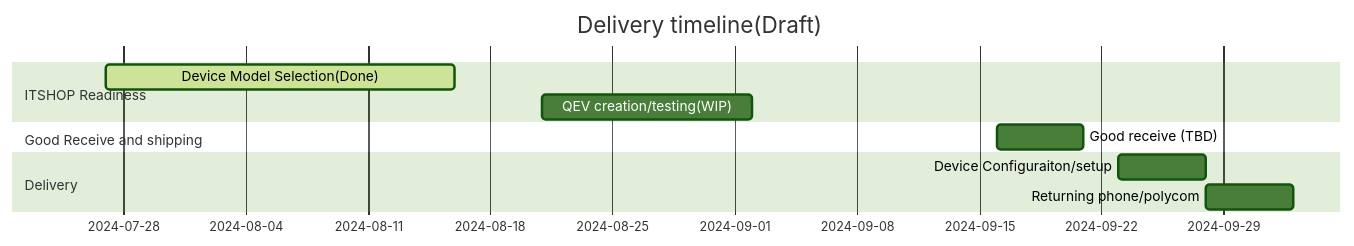
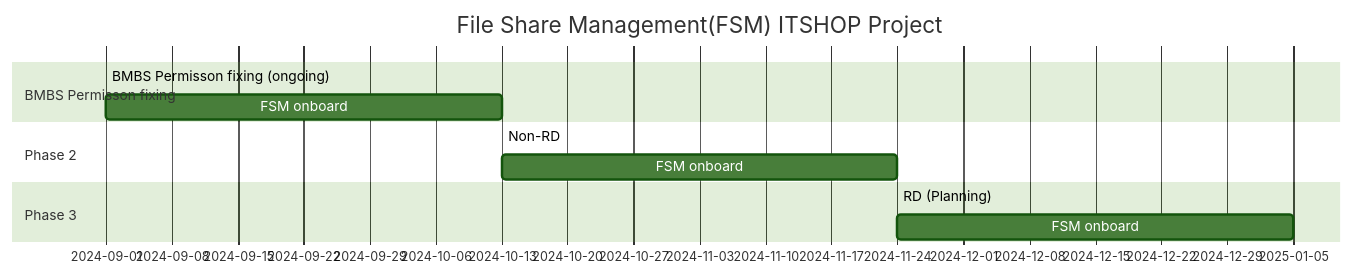
The diagram in FSM_timeline.md (pluto133/-), drawn with Mermaid (forest theme) before and after one commit.

````diff
--- a/FSM_timeline.md
+++ b/FSM_timeline.md
@@ -1,13 +1,17 @@
 ```mermaid
 gantt
-    title Delivery timeline(Draft)
+    title File Share Management(FSM) ITSHOP Project
     dateFormat  YYYY-MM-DD
-    section ITSHOP Readiness
-    Device Model Selection(Done):active, a1, 2024-07-27, 20d
-    QEV creation/testing(WIP)     : after a1, 2024-08-21, 12d
-    Section Good Receive and shipping
-    Good receive (TBD)  : after a1, 2024-09-16, 5d
-    section Delivery
-    Device Configuraiton/setup      :2024-09-23, 5d
-    Returning phone/polycom     : 5d
+
+    Section BMBS Permisson fixing
+    BMBS Permisson fixing (ongoing) :active, a1, 2024-09-01, 6m
+    FSM onboard     : a2,after a1, 6w
+
+    Section Phase 2
+    Non-RD  : a3,after a2, 8m
+    FSM onboard     :  a4, after a3, 6w
+
+    Section Phase 3
+    RD (Planning) :a5, after a4, 8m
+    FSM onboard     : a6, after a5, 6w
 ```
````
